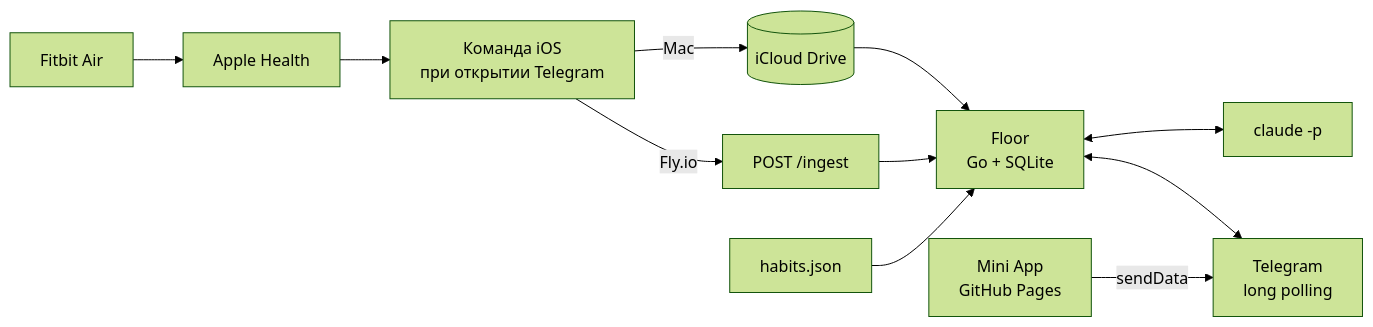
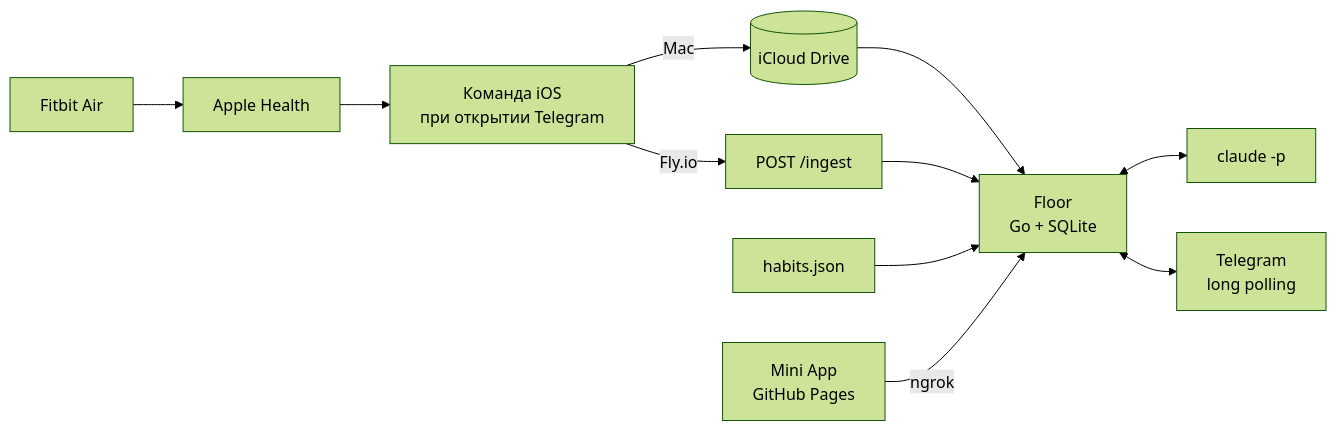
One commit to adamauthor/floor changed the diagram in README.md. Above: the diagram before and after it, drawn with Mermaid (forest theme). The commit also changed other lines of this file and 17 other files, not shown here.

````diff
--- a/README.md
+++ b/README.md
@@ -114,13 +114,13 @@
 ```mermaid
 flowchart LR
     F[Fitbit Air] --> AH[Apple Health]
     AH --> SC[Команда iOS<br/>при открытии Telegram]
     SC -- Mac --> IC[(iCloud Drive)]
     SC -- Fly.io --> EP[POST /ingest]
     IC --> B
     EP --> B[Floor<br/>Go + SQLite]
     H[habits.json] --> B
-    MA[Mini App<br/>GitHub Pages] -- sendData --> T
+    MA[Mini App<br/>GitHub Pages] -- ngrok --> B
     B <--> C[claude -p]
     B <--> T[Telegram<br/>long polling]
 ```
````
